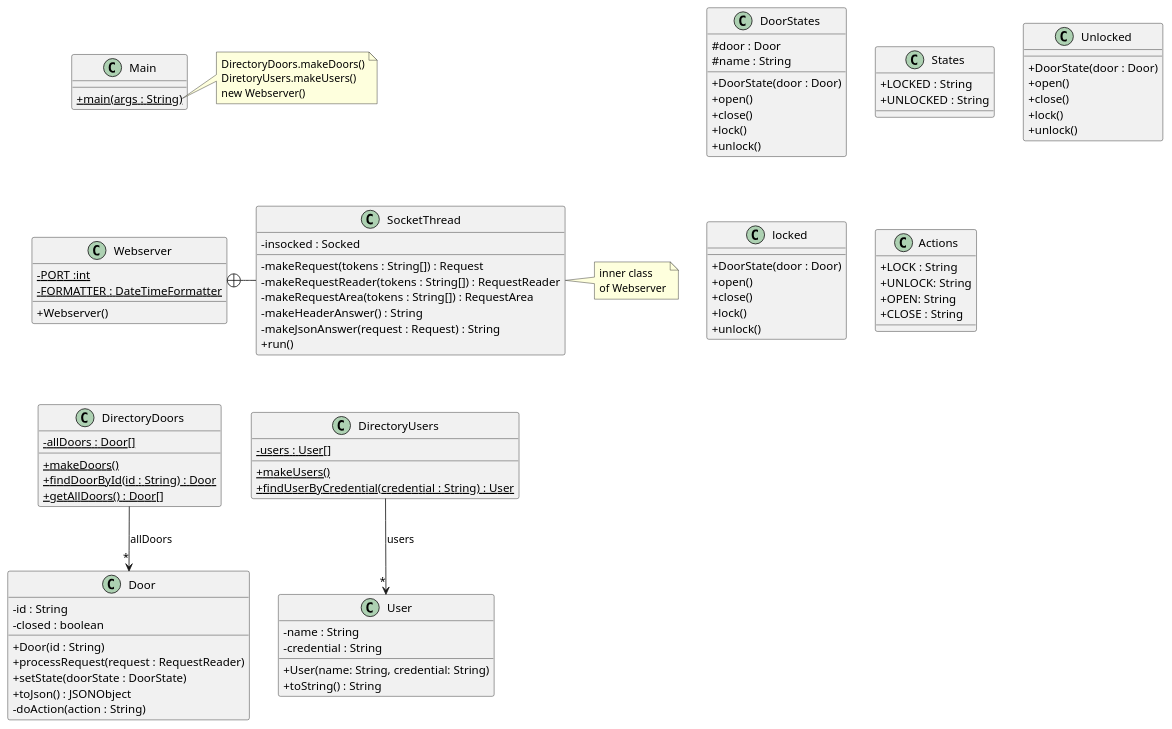
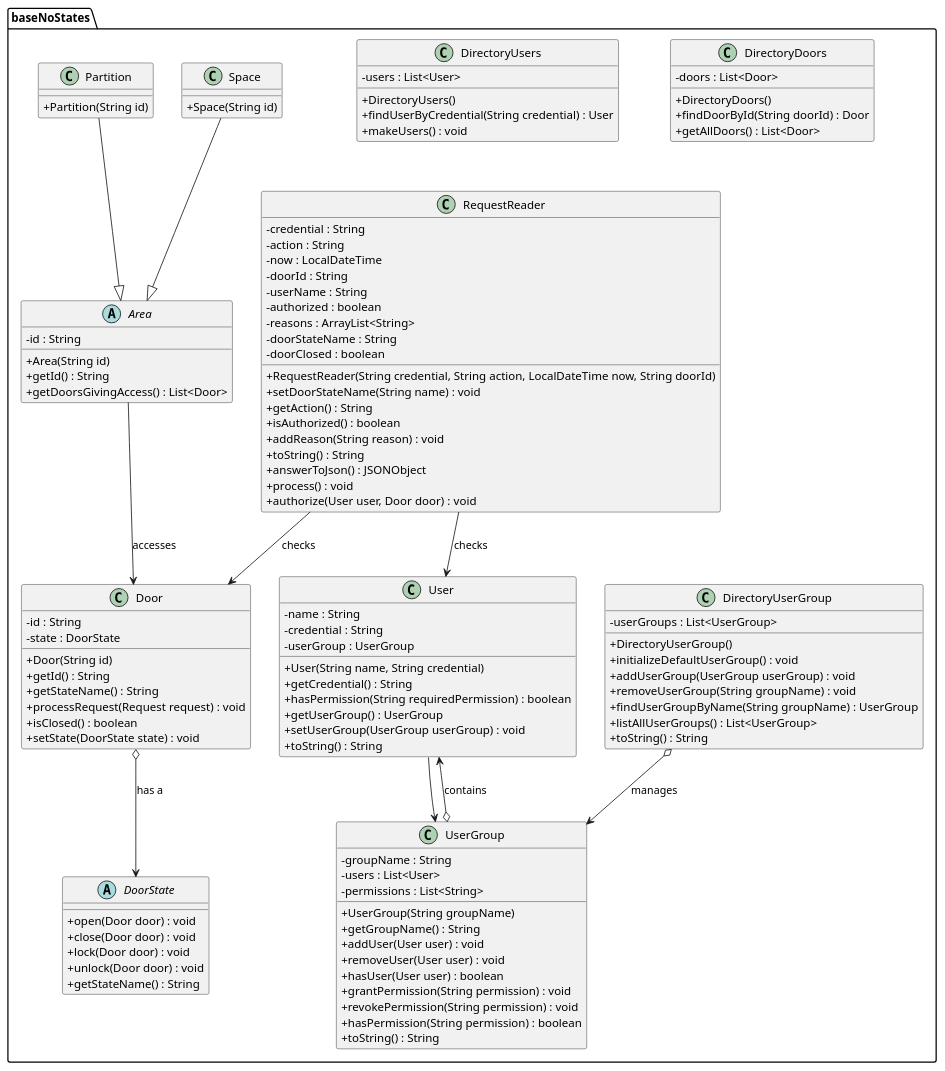
One commit to RomanArdanuy/acs_students changed the diagram in out/production/acs_students/baseNoStates/uml/base_no_states.puml. Above: the diagram before and after it, drawn with PlantUML. The commit also changed 11 other files, not shown here.

```diff
--- a/out/production/acs_students/baseNoStates/uml/base_no_states.puml
+++ b/out/production/acs_students/baseNoStates/uml/base_no_states.puml
@@ -1,122 +1,126 @@
 @startuml
 'https://plantuml.com/class-diagram
 skinparam classAttributeIconSize 0
 
-class Webserver {
-- {static} PORT :int
-- {static} FORMATTER : DateTimeFormatter
-+ Webserver()
+package baseNoStates {
+
+    class User {
+        - name : String
+        - credential : String
+        - userGroup : UserGroup
+        + User(String name, String credential)
+        + getCredential() : String
+        + hasPermission(String requiredPermission) : boolean
+        + getUserGroup() : UserGroup
+        + setUserGroup(UserGroup userGroup) : void
+        + toString() : String
+    }
+
+    class UserGroup {
+        - groupName : String
+        - users : List<User>
+        - permissions : List<String>
+        + UserGroup(String groupName)
+        + getGroupName() : String
+        + addUser(User user) : void
+        + removeUser(User user) : void
+        + hasUser(User user) : boolean
+        + grantPermission(String permission) : void
+        + revokePermission(String permission) : void
+        + hasPermission(String permission) : boolean
+        + toString() : String
+    }
+
+    class DirectoryUserGroup {
+        - userGroups : List<UserGroup>
+        + DirectoryUserGroup()
+        + initializeDefaultUserGroup() : void
+        + addUserGroup(UserGroup userGroup) : void
+        + removeUserGroup(String groupName) : void
+        + findUserGroupByName(String groupName) : UserGroup
+        + listAllUserGroups() : List<UserGroup>
+        + toString() : String
+    }
+
+    class Door {
+        - id : String
+        - state : DoorState
+        + Door(String id)
+        + getId() : String
+        + getStateName() : String
+        + processRequest(Request request) : void
+        + isClosed() : boolean
+        + setState(DoorState state) : void
+    }
+
+    abstract class DoorState {
+        + open(Door door) : void
+        + close(Door door) : void
+        + lock(Door door) : void
+        + unlock(Door door) : void
+        + getStateName() : String
+    }
+
+    class RequestReader {
+        - credential : String
+        - action : String
+        - now : LocalDateTime
+        - doorId : String
+        - userName : String
+        - authorized : boolean
+        - reasons : ArrayList<String>
+        - doorStateName : String
+        - doorClosed : boolean
+        + RequestReader(String credential, String action, LocalDateTime now, String doorId)
+        + setDoorStateName(String name) : void
+        + getAction() : String
+        + isAuthorized() : boolean
+        + addReason(String reason) : void
+        + toString() : String
+        + answerToJson() : JSONObject
+        + process() : void
+        + authorize(User user, Door door) : void
+    }
+
+    class DirectoryDoors {
+        - doors : List<Door>
+        + DirectoryDoors()
+        + findDoorById(String doorId) : Door
+        + getAllDoors() : List<Door>
+    }
+
+    class DirectoryUsers {
+        - users : List<User>
+        + DirectoryUsers()
+        + findUserByCredential(String credential) : User
+        + makeUsers() : void
+    }
+
+    abstract class  Area {
+        - id : String
+        + Area(String id)
+        + getId() : String
+        + getDoorsGivingAccess() : List<Door>
+    }
+
+    class Space {
+        + Space(String id)
+    }
+
+    class Partition {
+        + Partition(String id)
+    }
+
+    Space --|> Area
+    Partition --|> Area
+
+    User --> UserGroup
+    UserGroup o--> User : contains
+    DirectoryUserGroup o--> UserGroup : manages
+    Door o--> DoorState : has a
+    RequestReader --> User : checks
+    RequestReader --> Door : checks
+    Area --> Door : accesses
 }
 
-class SocketThread {
-- insocked : Socked
-- makeRequest(tokens : String[]) : Request
-- makeRequestReader(tokens : String[]) : RequestReader
-- makeRequestArea(tokens : String[]) : RequestArea
-- makeHeaderAnswer() : String
-- makeJsonAnswer(request : Request) : String
-+ run()
-}
-
-Webserver +-right- SocketThread
-
-note right of SocketThread
-inner class
-of Webserver
-end note
-
-class DirectoryDoors {
-- {static} allDoors : Door[]
-+ {static} makeDoors()
-+ {static} findDoorById(id : String) : Door
-+ {static} getAllDoors() : Door[]
-}
-
-DirectoryDoors --> "*" Door : "allDoors"
-
-class DirectoryUsers {
-- {static} users : User[]
-+ {static} makeUsers()
-+ {static} findUserByCredential(credential : String) : User
-}
-
-DirectoryUsers --> "*" User : "users"
-
-class Door {
-- id : String
-- closed : boolean
-+ Door(id : String)
-+ processRequest(request : RequestReader)
-+ setState(doorState : DoorState)
-+ toJson() : JSONObject
-'+ toString() : String
-'+ isClosed() :boolean
-'+ setClosed(b : boolean)
-'+ getStateName() : String
-- doAction(action : String)
-}
-
-
-class User {
-- name : String
-- credential : String
-+ User(name: String, credential: String)
-+ toString() : String
-}
-
-
-class Main {
-+ {static} main(args : String)
-}
-
-class DoorStates {
-#door : Door
-#name : String
-+DoorState(door : Door)
-+open()
-+close()
-+lock()
-+unlock()
-}
-
-class States{
-+LOCKED : String
-+UNLOCKED : String
-}
-
-class Unlocked{
-+DoorState(door : Door)
-+open()
-+close()
-+lock()
-+unlock()
-}
-
-
-class locked{
-+DoorState(door : Door)
-+open()
-+close()
-+lock()
-+unlock()
-}
-
-class Actions{
-+LOCK : String
-+UNLOCK: String
-+OPEN: String
-+CLOSE : String
-}
-
-'DoorState --> UNLOCKED :
-
-note right of Main::main
-DirectoryDoors.makeDoors()
-DiretoryUsers.makeUsers()
-new Webserver()
-end note
-
-Main -[hidden]down- Webserver
-Webserver -[hidden]down- DirectoryDoors
-DirectoryDoors -[hidden]right- DirectoryUsers
 @enduml
```
